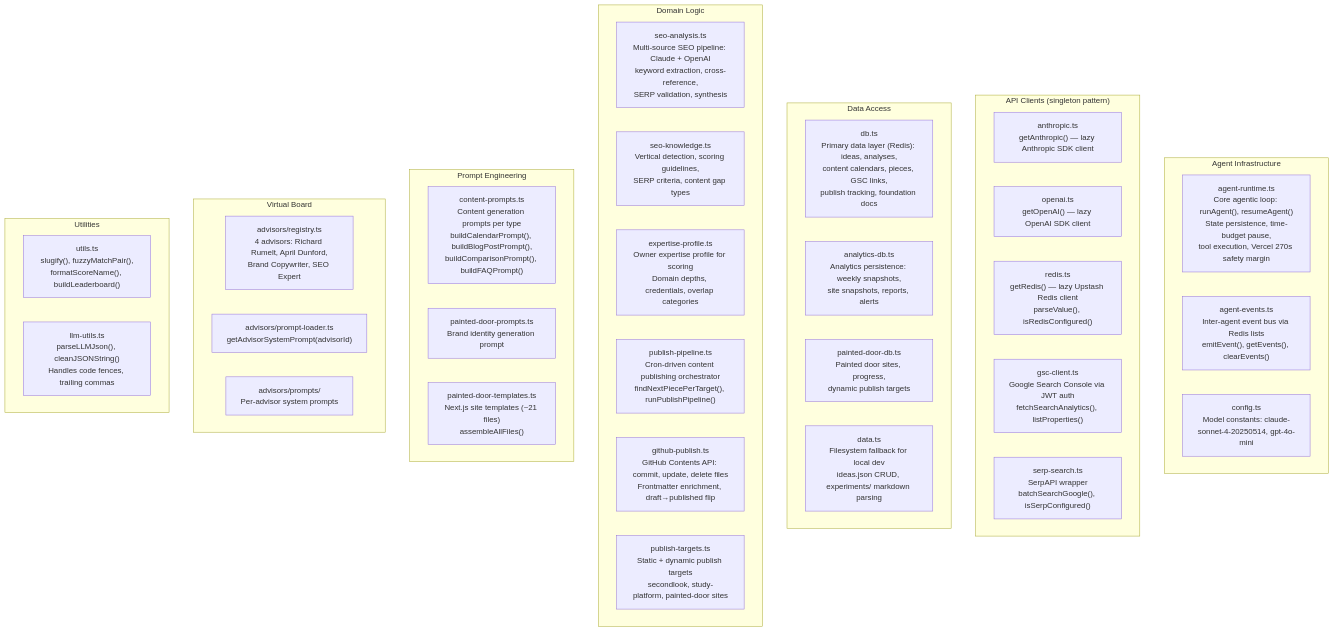
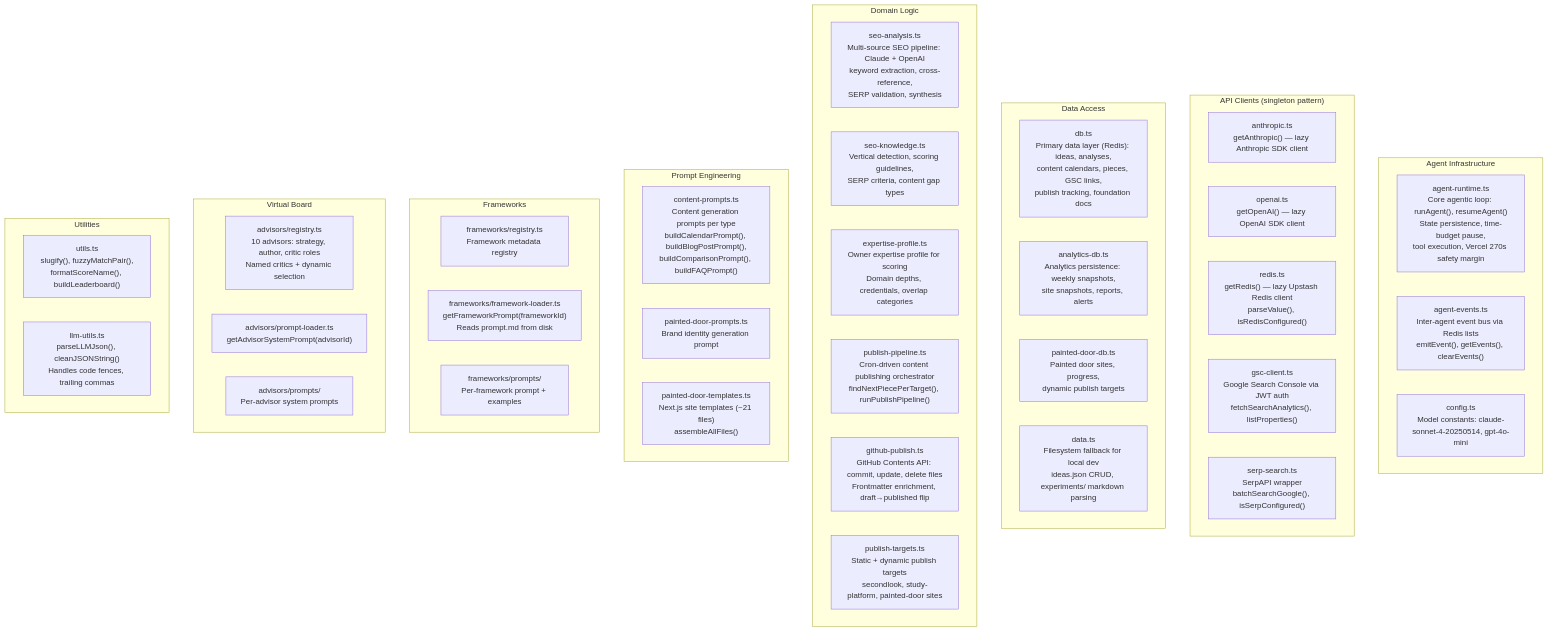
One commit to cwhogg/epch-projects changed the third of 11 diagrams in docs/architecture.md. Above: the diagram before and after it, drawn with Mermaid. The commit also changed other lines of this file, not shown here.

Commit message:
docs: update architecture doc for goal-oriented pipeline and named critics

````diff
--- a/docs/architecture.md
+++ b/docs/architecture.md
@@ -200,49 +202,55 @@
 ```mermaid
 graph TB
     subgraph Runtime["Agent Infrastructure"]
         agent_runtime["agent-runtime.ts<br/>Core agentic loop: runAgent(), resumeAgent()<br/>State persistence, time-budget pause,<br/>tool execution, Vercel 270s safety margin"]
         agent_events["agent-events.ts<br/>Inter-agent event bus via Redis lists<br/>emitEvent(), getEvents(), clearEvents()"]
         config["config.ts<br/>Model constants: claude-sonnet-4-20250514, gpt-4o-mini"]
     end
 
     subgraph Clients["API Clients (singleton pattern)"]
         anthropic["anthropic.ts<br/>getAnthropic() — lazy Anthropic SDK client"]
         openai["openai.ts<br/>getOpenAI() — lazy OpenAI SDK client"]
         redis_mod["redis.ts<br/>getRedis() — lazy Upstash Redis client<br/>parseValue(), isRedisConfigured()"]
         gsc_client["gsc-client.ts<br/>Google Search Console via JWT auth<br/>fetchSearchAnalytics(), listProperties()"]
         serp_search["serp-search.ts<br/>SerpAPI wrapper<br/>batchSearchGoogle(), isSerpConfigured()"]
     end
 
     subgraph Persistence["Data Access"]
         db["db.ts<br/>Primary data layer (Redis): ideas, analyses,<br/>content calendars, pieces, GSC links,<br/>publish tracking, foundation docs"]
         analytics_db["analytics-db.ts<br/>Analytics persistence: weekly snapshots,<br/>site snapshots, reports, alerts"]
         painted_door_db["painted-door-db.ts<br/>Painted door sites, progress,<br/>dynamic publish targets"]
         data["data.ts<br/>Filesystem fallback for local dev<br/>ideas.json CRUD, experiments/ markdown parsing"]
     end
 
     subgraph DomainLogic["Domain Logic"]
         seo_analysis["seo-analysis.ts<br/>Multi-source SEO pipeline: Claude + OpenAI<br/>keyword extraction, cross-reference,<br/>SERP validation, synthesis"]
         seo_knowledge["seo-knowledge.ts<br/>Vertical detection, scoring guidelines,<br/>SERP criteria, content gap types"]
         expertise_profile["expertise-profile.ts<br/>Owner expertise profile for scoring<br/>Domain depths, credentials, overlap categories"]
         publish_pipeline["publish-pipeline.ts<br/>Cron-driven content publishing orchestrator<br/>findNextPiecePerTarget(), runPublishPipeline()"]
         github_publish["github-publish.ts<br/>GitHub Contents API: commit, update, delete files<br/>Frontmatter enrichment, draft→published flip"]
         publish_targets["publish-targets.ts<br/>Static + dynamic publish targets<br/>secondlook, study-platform, painted-door sites"]
     end
 
     subgraph Prompts["Prompt Engineering"]
         content_prompts["content-prompts.ts<br/>Content generation prompts per type<br/>buildCalendarPrompt(), buildBlogPostPrompt(),<br/>buildComparisonPrompt(), buildFAQPrompt()"]
         painted_door_prompts["painted-door-prompts.ts<br/>Brand identity generation prompt"]
         painted_door_templates["painted-door-templates.ts<br/>Next.js site templates (~21 files)<br/>assembleAllFiles()"]
     end
 
+    subgraph Frameworks["Frameworks"]
+        frameworks_registry["frameworks/registry.ts<br/>Framework metadata registry"]
+        frameworks_loader["frameworks/framework-loader.ts<br/>getFrameworkPrompt(frameworkId)<br/>Reads prompt.md from disk"]
+        frameworks_prompts["frameworks/prompts/<br/>Per-framework prompt + examples"]
+    end
+
     subgraph Advisors["Virtual Board"]
-        advisors_registry["advisors/registry.ts<br/>4 advisors: Richard Rumelt, April Dunford,<br/>Brand Copywriter, SEO Expert"]
+        advisors_registry["advisors/registry.ts<br/>10 advisors: strategy, author, critic roles<br/>Named critics + dynamic selection"]
         advisors_loader["advisors/prompt-loader.ts<br/>getAdvisorSystemPrompt(advisorId)"]
         advisors_prompts["advisors/prompts/<br/>Per-advisor system prompts"]
     end
 
     subgraph Utilities["Utilities"]
         utils["utils.ts<br/>slugify(), fuzzyMatchPair(),<br/>formatScoreName(), buildLeaderboard()"]
         llm_utils["llm-utils.ts<br/>parseLLMJson(), cleanJSONString()<br/>Handles code fences, trailing commas"]
     end
 ```
````
